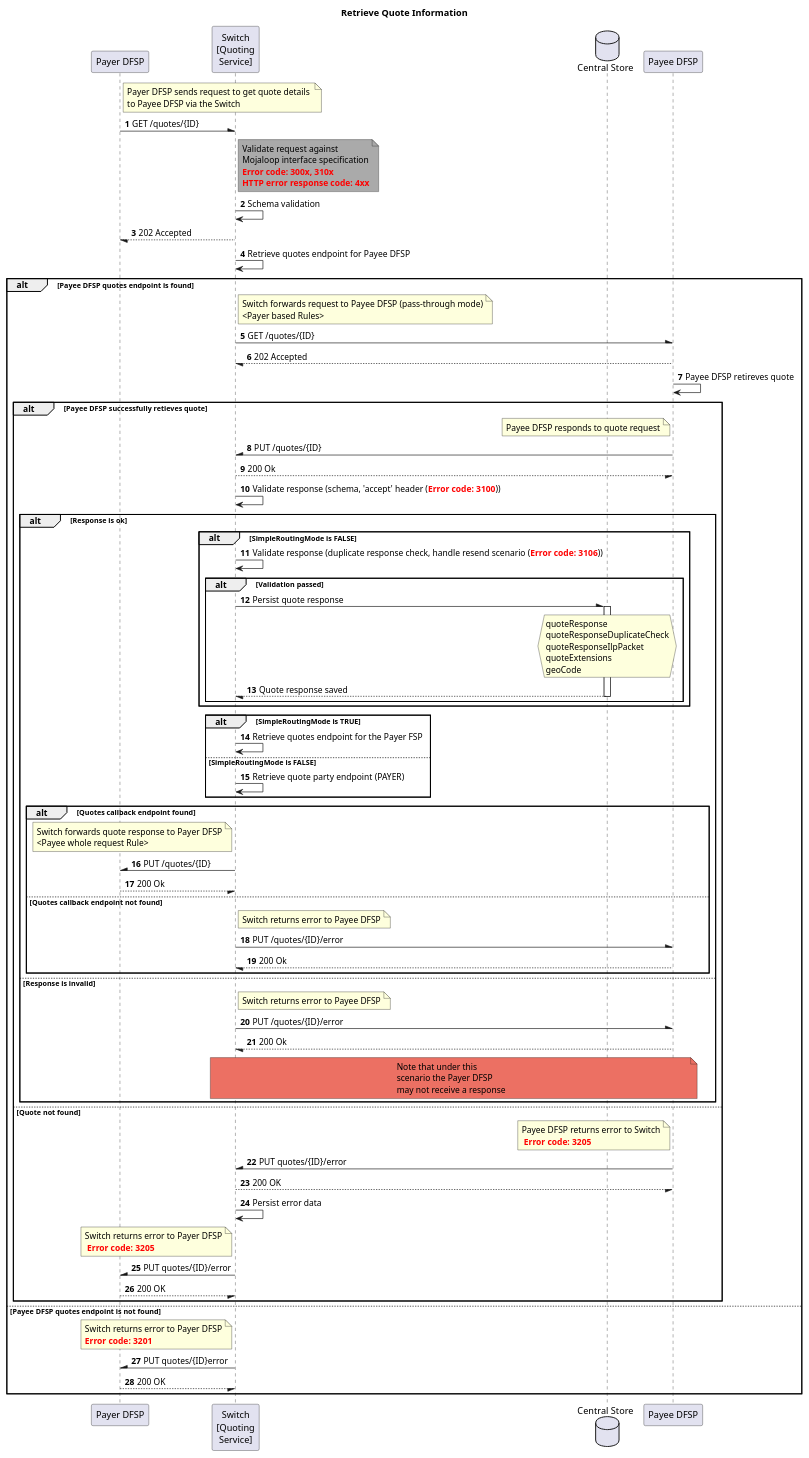
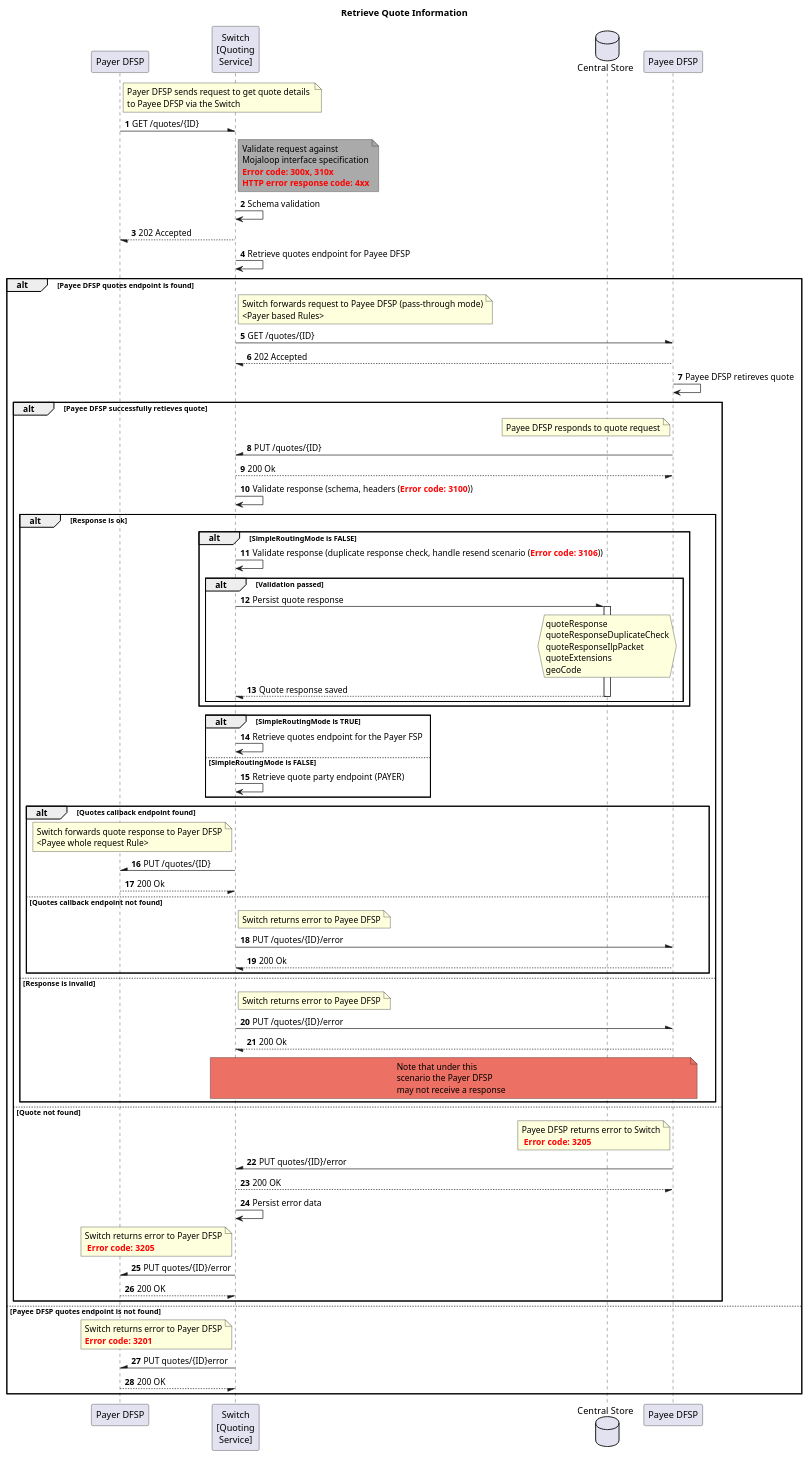
Before and after one commit to mojaloop/documentation: the diagram in mojaloop-technical-overview/quoting-service/assets/diagrams/sequence/seq-get-quotes-1.1.0.plantuml, drawn with PlantUML.

```diff
--- a/mojaloop-technical-overview/quoting-service/assets/diagrams/sequence/seq-get-quotes-1.1.0.plantuml
+++ b/mojaloop-technical-overview/quoting-service/assets/diagrams/sequence/seq-get-quotes-1.1.0.plantuml
@@ -1,84 +1,84 @@
 @startuml
 Title Retrieve Quote Information
 participant "Payer DFSP" as PayerDFSP
 participant "Switch\n[Quoting\nService]" as Switch
 database "Central Store" as DB
 participant "Payee DFSP" as PayeeDFSP
 autonumber
 note right of PayerDFSP: Payer DFSP sends request to get quote details \nto Payee DFSP via the Switch
 PayerDFSP -\ Switch: GET /quotes/{ID}
 note right of Switch #aaa
     Validate request against 
     Mojaloop interface specification
     **<color #red>Error code: 300x, 310x</color>**
     **<color #red>HTTP error response code: 4xx</color>**
 end note
 Switch -> Switch: Schema validation
 PayerDFSP \-- Switch: 202 Accepted
 Switch -> Switch: Retrieve quotes endpoint for Payee DFSP
 alt Payee DFSP quotes endpoint is found
     note right of Switch: Switch forwards request to Payee DFSP (pass-through mode)\n<Payer based Rules> 
     Switch -\ PayeeDFSP: GET /quotes/{ID}
     PayeeDFSP --/ Switch: 202 Accepted
     PayeeDFSP -> PayeeDFSP: Payee DFSP retireves quote
     alt Payee DFSP successfully retieves quote
         note left of PayeeDFSP: Payee DFSP responds to quote request
         PayeeDFSP -\ Switch: PUT /quotes/{ID}
         Switch --/ PayeeDFSP: 200 Ok
-        Switch -> Switch: Validate response (schema, 'accept' header (<color #red>**Error code: 3100**</color>))
+        Switch -> Switch: Validate response (schema, headers (<color #red>**Error code: 3100**</color>))
         alt Response is ok
             alt SimpleRoutingMode is FALSE
                 Switch -> Switch: Validate response (duplicate response check, handle resend scenario (<color #red>**Error code: 3106**</color>))
                 alt Validation passed
                     Switch -\ DB: Persist quote response
                     activate DB
                         hnote over DB
                             quoteResponse
                             quoteResponseDuplicateCheck
                             quoteResponseIlpPacket
                             quoteExtensions
                             geoCode
                         end hnote
                     Switch \-- DB: Quote response saved
                     deactivate DB
                 end
             end
             alt SimpleRoutingMode is TRUE
                 Switch -> Switch: Retrieve quotes endpoint for the Payer FSP
             else SimpleRoutingMode is FALSE
                 Switch -> Switch: Retrieve quote party endpoint (PAYER)
             end
             alt Quotes callback endpoint found
                 note left of Switch: Switch forwards quote response to Payer DFSP\n<Payee \ whole request Rule>
                 Switch -\ PayerDFSP: PUT /quotes/{ID}
                 PayerDFSP --/ Switch: 200 Ok    
             else Quotes callback endpoint not found
                 note right of Switch: Switch returns error to Payee DFSP
                 Switch -\ PayeeDFSP: PUT /quotes/{ID}/error
                 PayeeDFSP --/ Switch : 200 Ok
             end
         else Response is invalid
             note right of Switch: Switch returns error to Payee DFSP
             Switch -\ PayeeDFSP: PUT /quotes/{ID}/error
             PayeeDFSP --/ Switch : 200 Ok
             note over Switch, PayeeDFSP #ec7063: Note that under this\nscenario the Payer DFSP\nmay not receive a response
         end
 
     else Quote not found
         note left of PayeeDFSP: Payee DFSP returns error to Switch\n <color #red>**Error code: 3205**</color>
         PayeeDFSP -\ Switch: PUT quotes/{ID}/error
         Switch --/ PayeeDFSP: 200 OK
         Switch -> Switch: Persist error data
         note left of Switch: Switch returns error to Payer DFSP\n <color #red>**Error code: 3205**</color>
         Switch -\ PayerDFSP: PUT quotes/{ID}/error
         PayerDFSP --/ Switch: 200 OK
     end
 else Payee DFSP quotes endpoint is not found
     note left of Switch
         Switch returns error to Payer DFSP
         **<color #red>Error code: 3201</color>**
     end note
     PayerDFSP /- Switch: PUT quotes/{ID}error
     PayerDFSP --/ Switch: 200 OK
 end
 @enduml
```
